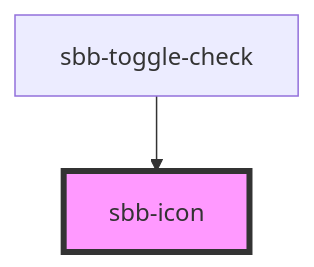
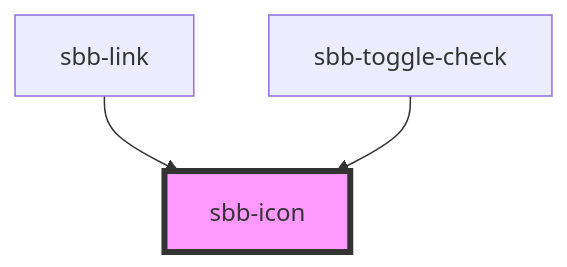
Before and after one commit to sbb-design-systems/lyne-components: the diagram in src/components/sbb-icon/readme.md, drawn with Mermaid. The commit also changed other lines of this file and 6 other files, not shown here.

First line of the commit message:
refactor: 1239 sbb-link refactor

````diff
--- a/src/components/sbb-icon/readme.md
+++ b/src/components/sbb-icon/readme.md
@@ -94,5 +95,6 @@
 ```mermaid
 graph TD;
+  sbb-link --> sbb-icon
   sbb-toggle-check --> sbb-icon
   style sbb-icon fill:#f9f,stroke:#333,stroke-width:4px
 ```
````
